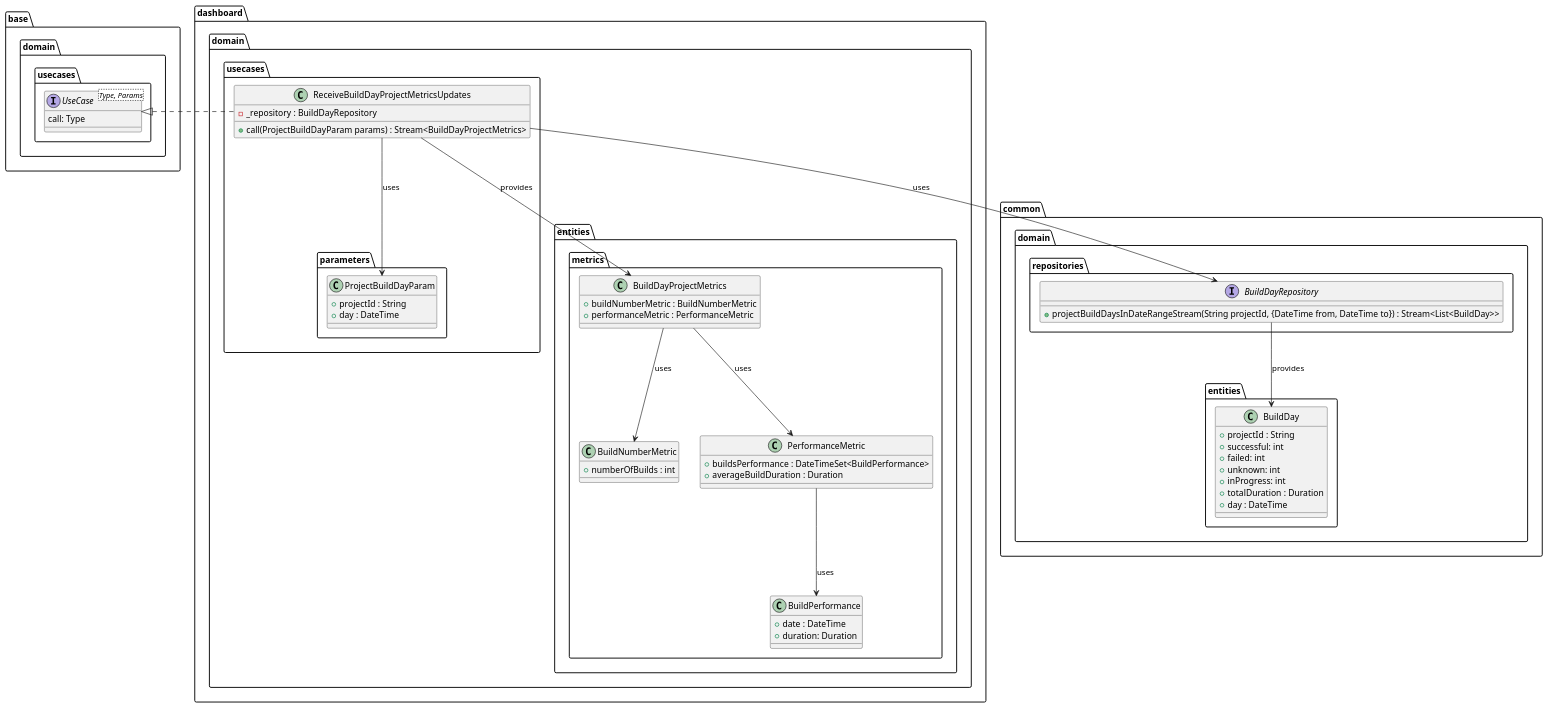
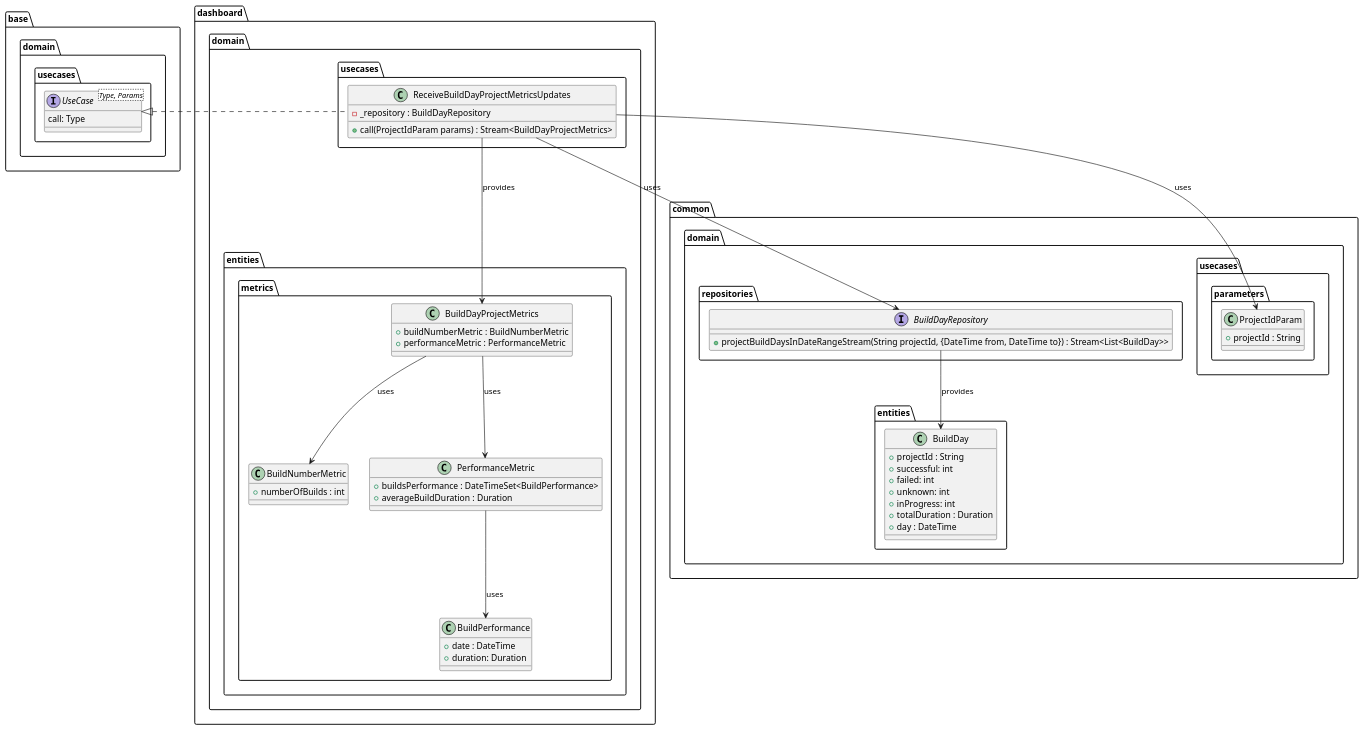
The diagram in metrics/web/docs/features/builds_aggregation/diagrams/build_days_domain_layer_class_diagram.puml (Flank/flank-dashboard), drawn with PlantUML before and after one commit. The commit also changed 2 other files, not shown here.

Commit message:
Minor fixes in diagrams

```diff
--- a/metrics/web/docs/features/builds_aggregation/diagrams/build_days_domain_layer_class_diagram.puml
+++ b/metrics/web/docs/features/builds_aggregation/diagrams/build_days_domain_layer_class_diagram.puml
@@ -1,73 +1,72 @@
 @startuml build_days_domain_layer_class_diagram
 
 package base.domain.usecases {
     interface UseCase<Type, Params> {
         call: Type
     }
 }
 
 package common.domain {
     package entities {
         class BuildDay {
             + projectId : String
             + successful: int
             + failed: int
             + unknown: int
             + inProgress: int
             + totalDuration : Duration
             + day : DateTime
         }
     }
 
     package repositories {
         interface BuildDayRepository {
             + projectBuildDaysInDateRangeStream(String projectId, {DateTime from, DateTime to}) : Stream<List<BuildDay>>
         } 
-    }    
+    }
+
+    package usecases.parameters {
+        class ProjectIdParam {
+            + projectId : String
+        }
+    }
 }
 
 package dashboard.domain {
     package entities.metrics {
         class BuildNumberMetric {
             + numberOfBuilds : int
         }
         class BuildPerformance {
                 + date : DateTime
                 + duration: Duration
         }
         class PerformanceMetric {
             + buildsPerformance : DateTimeSet<BuildPerformance>
             + averageBuildDuration : Duration
         }
         class BuildDayProjectMetrics {
             + buildNumberMetric : BuildNumberMetric
             + performanceMetric : PerformanceMetric
         }
     }
 
     package usecases {
         class ReceiveBuildDayProjectMetricsUpdates {
             - _repository : BuildDayRepository
-            + call(ProjectBuildDayParam params) : Stream<BuildDayProjectMetrics>
-        }
-
-        package parameters {
-            class ProjectBuildDayParam {
-                + projectId : String
-                + day : DateTime
-            }
+            + call(ProjectIdParam params) : Stream<BuildDayProjectMetrics>
         }
     }  
 }
 
 BuildDayRepository --> BuildDay : provides
 ReceiveBuildDayProjectMetricsUpdates -left-..|> UseCase
 ReceiveBuildDayProjectMetricsUpdates --> BuildDayRepository : uses
-ReceiveBuildDayProjectMetricsUpdates --> ProjectBuildDayParam : uses
+ReceiveBuildDayProjectMetricsUpdates --> ProjectIdParam : uses
 ReceiveBuildDayProjectMetricsUpdates --> BuildDayProjectMetrics : provides
 
 BuildDayProjectMetrics --> BuildNumberMetric : uses
 BuildDayProjectMetrics --> PerformanceMetric : uses
 PerformanceMetric --> BuildPerformance : uses
 
 @enduml
```
